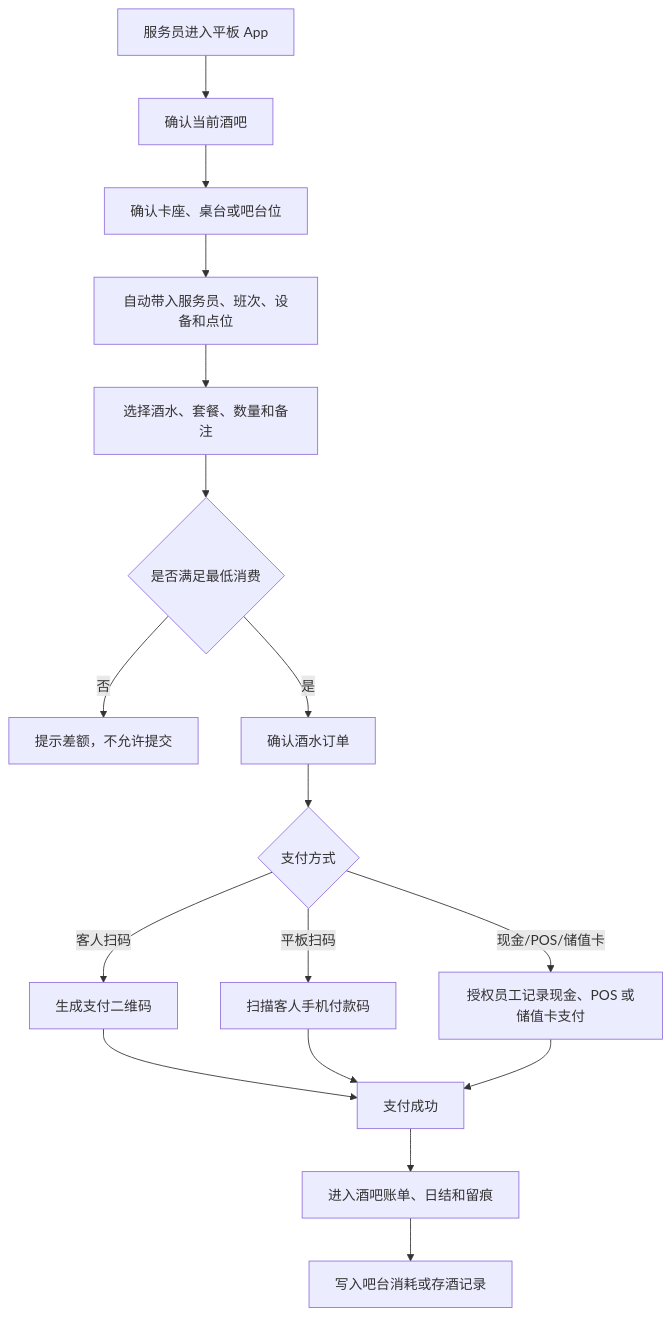
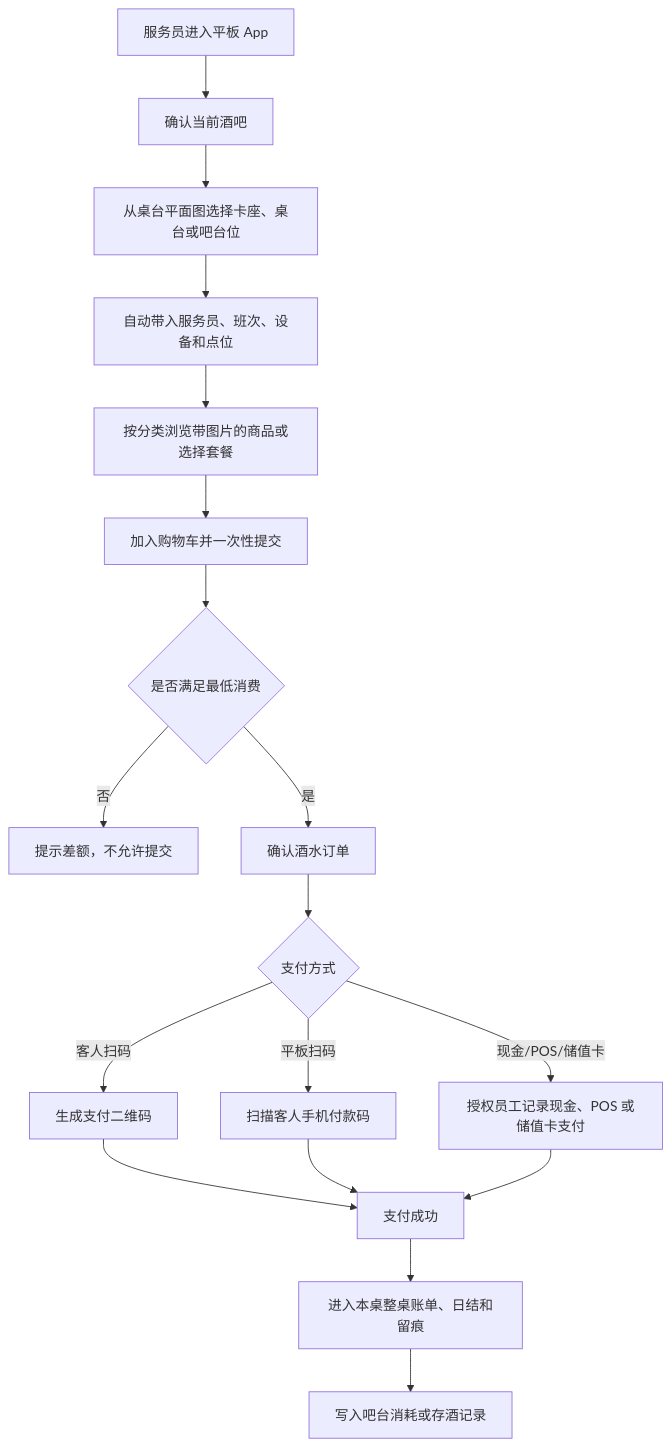
One commit to jxh1979/mall changed the fourth of 6 diagrams in docs/bar-business-operations-product-prd-v0.1.md. Above: the diagram before and after it, drawn with Mermaid. The commit also changed other lines of this file and 8 other files, not shown here.

````diff
--- a/docs/bar-business-operations-product-prd-v0.1.md
+++ b/docs/bar-business-operations-product-prd-v0.1.md
@@ -348,19 +358,20 @@
 ```mermaid
 flowchart TD
   A["服务员进入平板 App"] --> B["确认当前酒吧"]
-  B --> C["确认卡座、桌台或吧台位"]
+  B --> C["从桌台平面图选择卡座、桌台或吧台位"]
   C --> C1["自动带入服务员、班次、设备和点位"]
-  C1 --> D["选择酒水、套餐、数量和备注"]
-  D --> E{"是否满足最低消费"}
+  C1 --> D["按分类浏览带图片的商品或选择套餐"]
+  D --> D1["加入购物车并一次性提交"]
+  D1 --> E{"是否满足最低消费"}
   E -- 否 --> F["提示差额，不允许提交"]
   E -- 是 --> G["确认酒水订单"]
   G --> H{"支付方式"}
   H -- 客人扫码 --> I["生成支付二维码"]
   H -- 平板扫码 --> J["扫描客人手机付款码"]
   H -- 现金/POS/储值卡 --> J1["授权员工记录现金、POS 或储值卡支付"]
   I --> K["支付成功"]
   J --> K
   J1 --> K
-  K --> L["进入酒吧账单、日结和留痕"]
+  K --> L["进入本桌整桌账单、日结和留痕"]
   L --> M["写入吧台消耗或存酒记录"]
 ```
````
